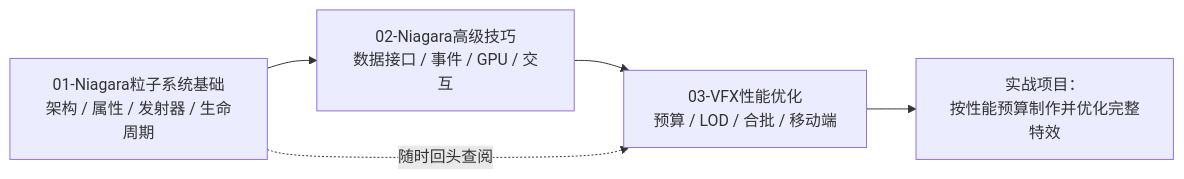
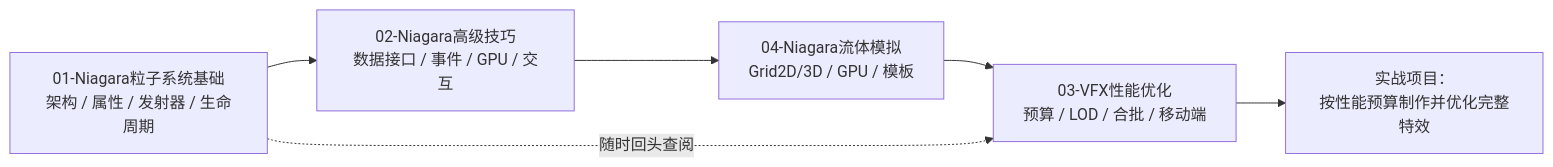
Before and after one commit to fantuan812/learning: the diagram in 游戏知识/11-VFX与Niagara/README.md, drawn with Mermaid. The commit also changed other lines of this file and 27 other files, not shown here.

````diff
--- a/游戏知识/11-VFX与Niagara/README.md
+++ b/游戏知识/11-VFX与Niagara/README.md
@@ -36,7 +37,8 @@
 ```mermaid
 flowchart LR
     A["01-Niagara粒子系统基础<br/>架构 / 属性 / 发射器 / 生命周期"] --> B["02-Niagara高级技巧<br/>数据接口 / 事件 / GPU / 交互"]
-    B --> C["03-VFX性能优化<br/>预算 / LOD / 合批 / 移动端"]
+    B --> F["04-Niagara流体模拟<br/>Grid2D/3D / GPU / 模板"]
+    F --> C["03-VFX性能优化<br/>预算 / LOD / 合批 / 移动端"]
     C --> D["实战项目：<br/>按性能预算制作并优化完整特效"]
     A -. 随时回头查阅 .-> C
 ```
````
